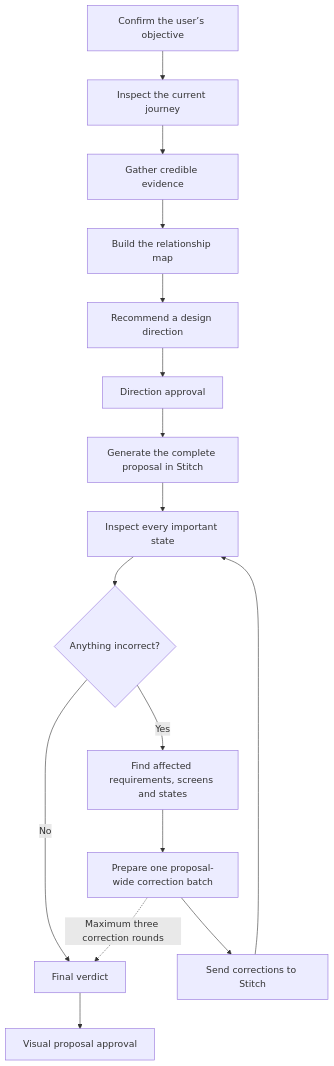
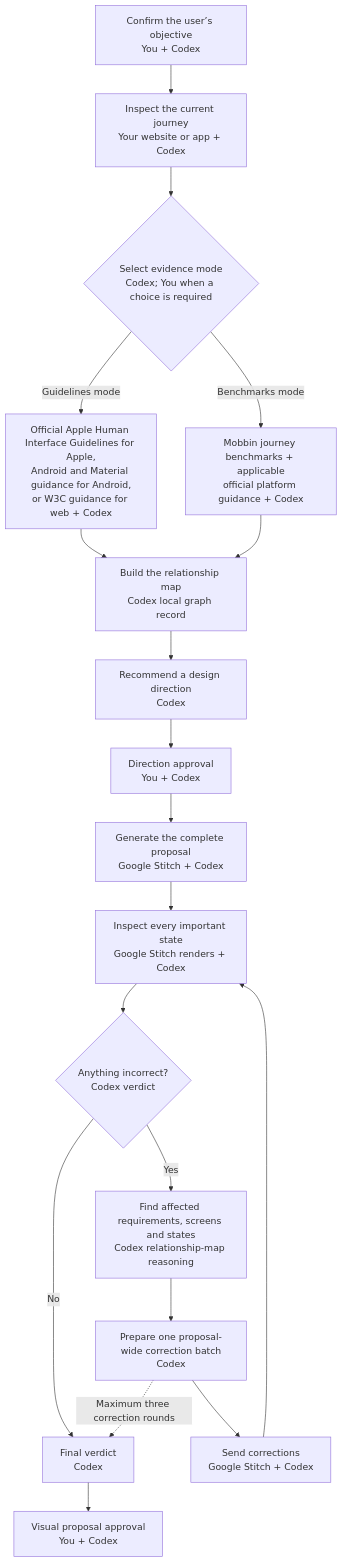
Before and after one commit to friedbeef1/mobbin-apple-guidelines-stitch: the diagram in docs/using-design-arc.md, drawn with Mermaid. The commit also changed other lines of this file and 1 other file, not shown here.

Commit message:
docs: name Design Arc workflow handlers

````diff
--- a/docs/using-design-arc.md
+++ b/docs/using-design-arc.md
@@ -44,22 +44,25 @@
 ```mermaid
 flowchart TD
-    A["Confirm the user’s objective"] --> B["Inspect the current journey"]
-    B --> C["Gather credible evidence"]
-    C --> D["Build the relationship map"]
+    A["Confirm the user’s objective<br/>You + Codex"] --> B["Inspect the current journey<br/>Your website or app + Codex"]
+    B --> C{"Select evidence mode<br/>Codex; You when a choice is required"}
+    C -- "Guidelines mode" --> C1["Official Apple Human Interface Guidelines for Apple,<br/>Android and Material guidance for Android,<br/>or W3C guidance for web + Codex"]
+    C -- "Benchmarks mode" --> C2["Mobbin journey benchmarks + applicable<br/>official platform guidance + Codex"]
+    C1 --> D["Build the relationship map<br/>Codex local graph record"]
+    C2 --> D
 
-    D --> E["Recommend a design direction"]
-    E --> F["Direction approval"]
-    F --> G["Generate the complete proposal in Stitch"]
+    D --> E["Recommend a design direction<br/>Codex"]
+    E --> F["Direction approval<br/>You + Codex"]
+    F --> G["Generate the complete proposal<br/>Google Stitch + Codex"]
 
-    G --> H["Inspect every important state"]
-    H --> I{"Anything incorrect?"}
+    G --> H["Inspect every important state<br/>Google Stitch renders + Codex"]
+    H --> I{"Anything incorrect?<br/>Codex verdict"}
 
-    I -- "No" --> J["Final verdict"]
-    I -- "Yes" --> K["Find affected requirements, screens and states"]
-    K --> L["Prepare one proposal-wide correction batch"]
-    L --> M["Send corrections to Stitch"]
+    I -- "No" --> J["Final verdict<br/>Codex"]
+    I -- "Yes" --> K["Find affected requirements, screens and states<br/>Codex relationship-map reasoning"]
+    K --> L["Prepare one proposal-wide correction batch<br/>Codex"]
+    L --> M["Send corrections<br/>Google Stitch + Codex"]
     M --> H
 
-    J --> N["Visual proposal approval"]
+    J --> N["Visual proposal approval<br/>You + Codex"]
     L -. "Maximum three correction rounds" .-> J
 ```
````
